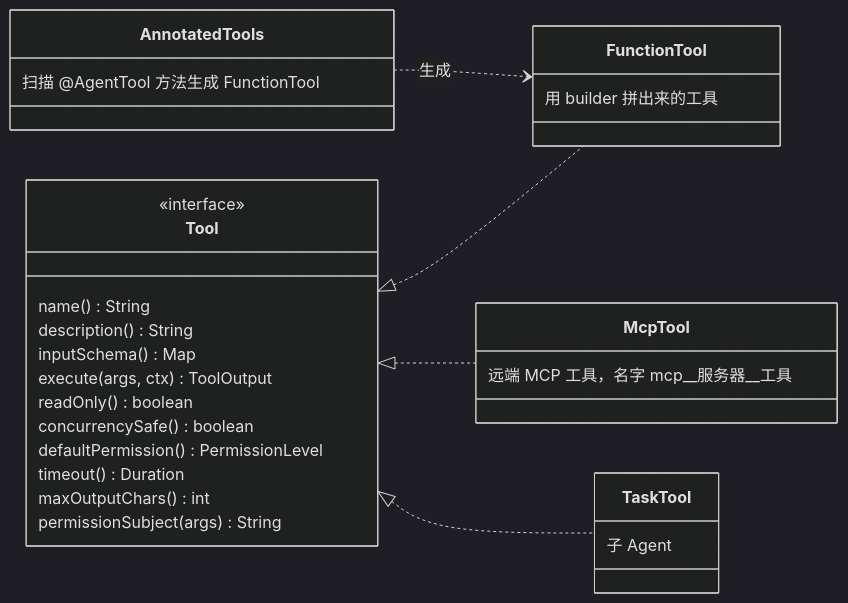
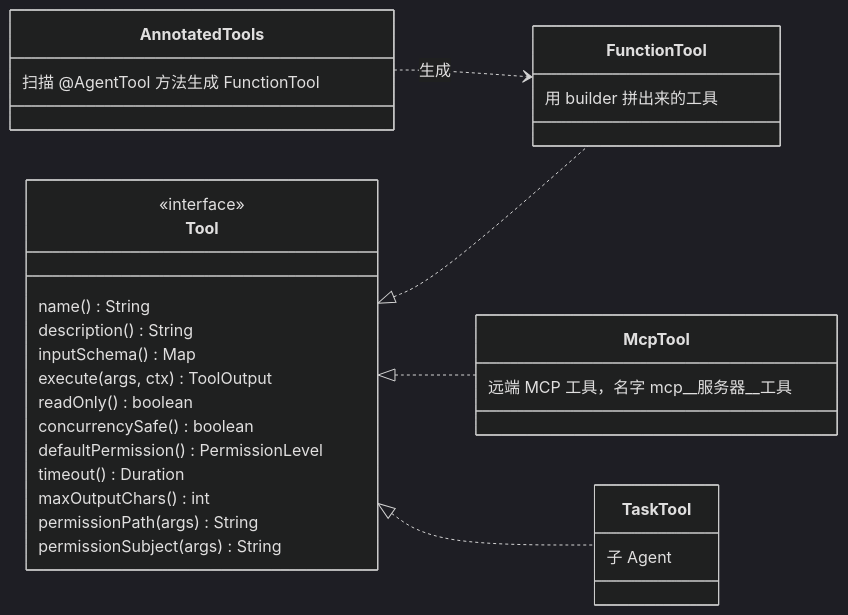
The fourth of 5 diagrams in docs/04-tools-and-permissions.md (stackJx/agent-java), drawn with Mermaid (dark theme) before and after one commit. The commit also changed other lines of this file and 116 other files, not shown here.

````diff
--- a/docs/04-tools-and-permissions.md
+++ b/docs/04-tools-and-permissions.md
@@ -220,25 +238,26 @@
 ```mermaid
 classDiagram
     direction LR
     class Tool {
         <<interface>>
         name() String
         description() String
         inputSchema() Map
         execute(args, ctx) ToolOutput
         readOnly() boolean
         concurrencySafe() boolean
         defaultPermission() PermissionLevel
         timeout() Duration
         maxOutputChars() int
+        permissionPath(args) String
         permissionSubject(args) String
     }
     class FunctionTool { 用 builder 拼出来的工具 }
     class AnnotatedTools { 扫描 @AgentTool 方法生成 FunctionTool }
     class McpTool { 远端 MCP 工具，名字 mcp__服务器__工具 }
     class TaskTool { 子 Agent }
     Tool <|.. FunctionTool
     Tool <|.. McpTool
     Tool <|.. TaskTool
     AnnotatedTools ..> FunctionTool : 生成
 ```
````
